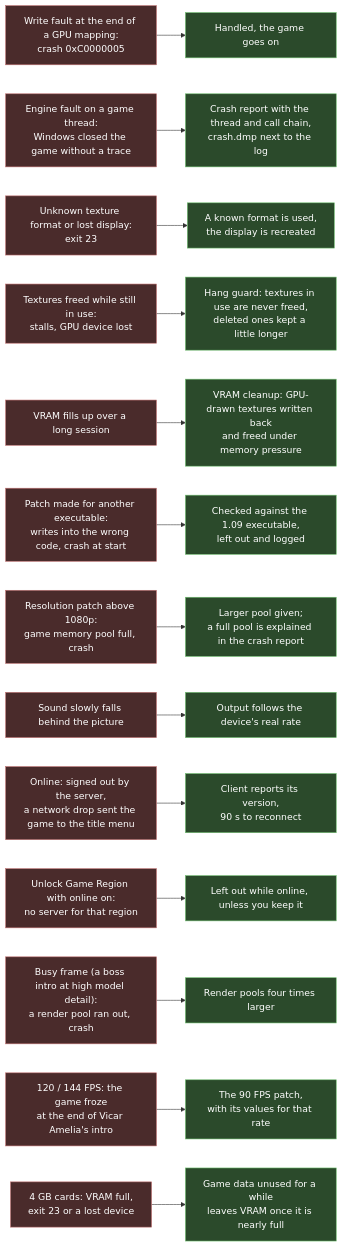
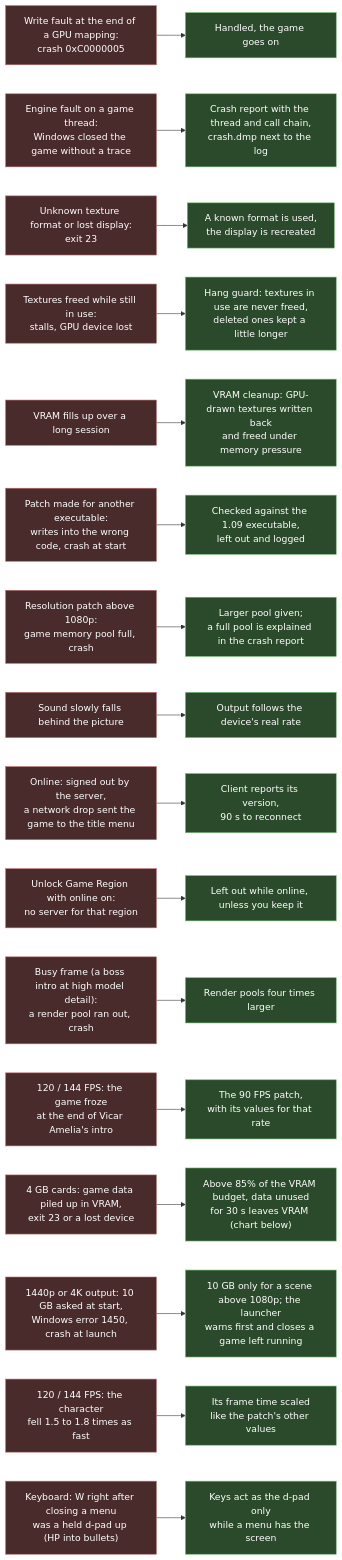
The second of 5 diagrams in README.md (123456qewret/LanternEngine), drawn with Mermaid before and after one commit. The commit also changed other lines of this file, not shown here.

Commit message:
README: engine summary and flowcharts for 0.9.20 (VRAM, starting the game, button prompts, stability)

````diff
--- a/README.md
+++ b/README.md
@@ -115,20 +116,23 @@
 ```mermaid
 flowchart LR
     s1["Write fault at the end of a GPU mapping:<br/>crash 0xC0000005"] --> f1["Handled, the game goes on"]
     s2["Engine fault on a game thread:<br/>Windows closed the game without a trace"] --> f2["Crash report with the thread and call chain,<br/>crash.dmp next to the log"]
     s3["Unknown texture format or lost display:<br/>exit 23"] --> f3["A known format is used,<br/>the display is recreated"]
     s4["Textures freed while still in use:<br/>stalls, GPU device lost"] --> f4["Hang guard: textures in use are never freed,<br/>deleted ones kept a little longer"]
     s5["VRAM fills up over a long session"] --> f5["VRAM cleanup: GPU-drawn textures written back<br/>and freed under memory pressure"]
     s6["Patch made for another executable:<br/>writes into the wrong code, crash at start"] --> f6["Checked against the 1.09 executable,<br/>left out and logged"]
     s7["Resolution patch above 1080p:<br/>game memory pool full, crash"] --> f7["Larger pool given;<br/>a full pool is explained in the crash report"]
     s8["Sound slowly falls behind the picture"] --> f8["Output follows the device's real rate"]
     s9["Online: signed out by the server,<br/>a network drop sent the game to the title menu"] --> f9["Client reports its version,<br/>90 s to reconnect"]
     s10["Unlock Game Region with online on:<br/>no server for that region"] --> f10["Left out while online, unless you keep it"]
     s11["Busy frame (a boss intro at high model detail):<br/>a render pool ran out, crash"] --> f11["Render pools four times larger"]
     s12["120 / 144 FPS: the game froze<br/>at the end of Vicar Amelia's intro"] --> f12["The 90 FPS patch,<br/>with its values for that rate"]
-    s13["4 GB cards: VRAM full,<br/>exit 23 or a lost device"] --> f13["Game data unused for a while<br/>leaves VRAM once it is nearly full"]
+    s13["4 GB cards: game data piled up in VRAM,<br/>exit 23 or a lost device"] --> f13["Above 85% of the VRAM budget, data unused<br/>for 30 s leaves VRAM (chart below)"]
+    s14["1440p or 4K output: 10 GB asked at start,<br/>Windows error 1450, crash at launch"] --> f14["10 GB only for a scene above 1080p; the launcher<br/>warns first and closes a game left running"]
+    s15["120 / 144 FPS: the character<br/>fell 1.5 to 1.8 times as fast"] --> f15["Its frame time scaled<br/>like the patch's other values"]
+    s16["Keyboard: W right after closing a menu<br/>was a held d-pad up (HP into bullets)"] --> f16["Keys act as the d-pad only<br/>while a menu has the screen"]
     classDef was fill:#4a2b2b,stroke:#bf6f6f,color:#fff
     classDef now fill:#2b4a2b,stroke:#6fbf6f,color:#fff
-    class s1,s2,s3,s4,s5,s6,s7,s8,s9,s10,s11,s12,s13 was
-    class f1,f2,f3,f4,f5,f6,f7,f8,f9,f10,f11,f12,f13 now
+    class s1,s2,s3,s4,s5,s6,s7,s8,s9,s10,s11,s12,s13,s14,s15,s16 was
+    class f1,f2,f3,f4,f5,f6,f7,f8,f9,f10,f11,f12,f13,f14,f15,f16 now
 ```
````
